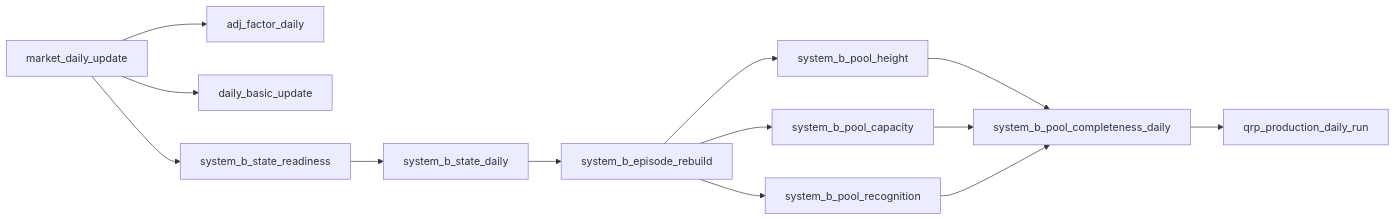
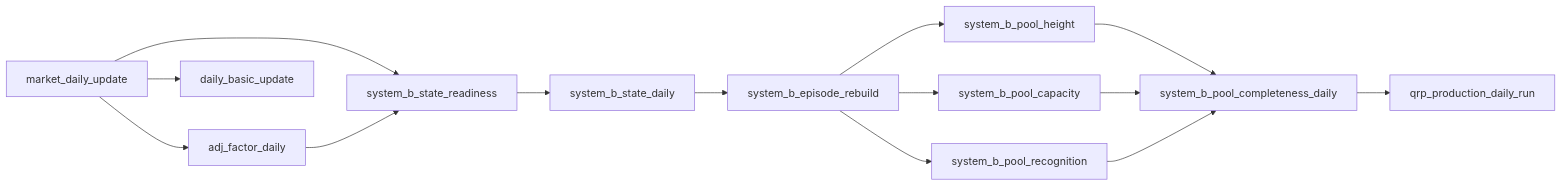
The diagram in docs/QRP产品蓝图v1.1/11_Pipeline全量注册表与生产编排.md (xlykyz/qrp-atlas), drawn with Mermaid before and after one commit. The commit also changed other lines of this file and 2 other files, not shown here.

````diff
--- a/docs/QRP产品蓝图v1.1/11_Pipeline全量注册表与生产编排.md
+++ b/docs/QRP产品蓝图v1.1/11_Pipeline全量注册表与生产编排.md
@@ -81,15 +81,16 @@
 ```mermaid
 flowchart LR
   market[market_daily_update] --> adj[adj_factor_daily]
   market --> basic[daily_basic_update]
   market --> ready[system_b_state_readiness]
+  adj --> ready
   ready --> state[system_b_state_daily]
   state --> episode[system_b_episode_rebuild]
   episode --> height[system_b_pool_height]
   episode --> capacity[system_b_pool_capacity]
   episode --> recognition[system_b_pool_recognition]
   height --> complete[system_b_pool_completeness_daily]
   capacity --> complete
   recognition --> complete
   complete --> daily[qrp_production_daily_run]
 ```
````
